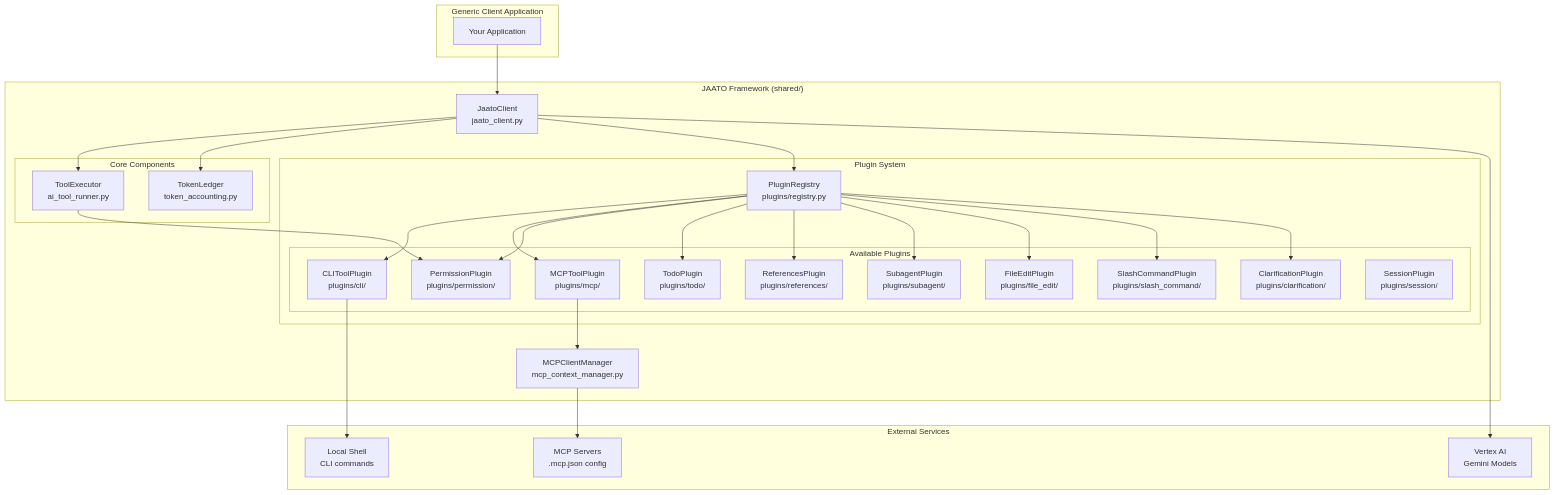
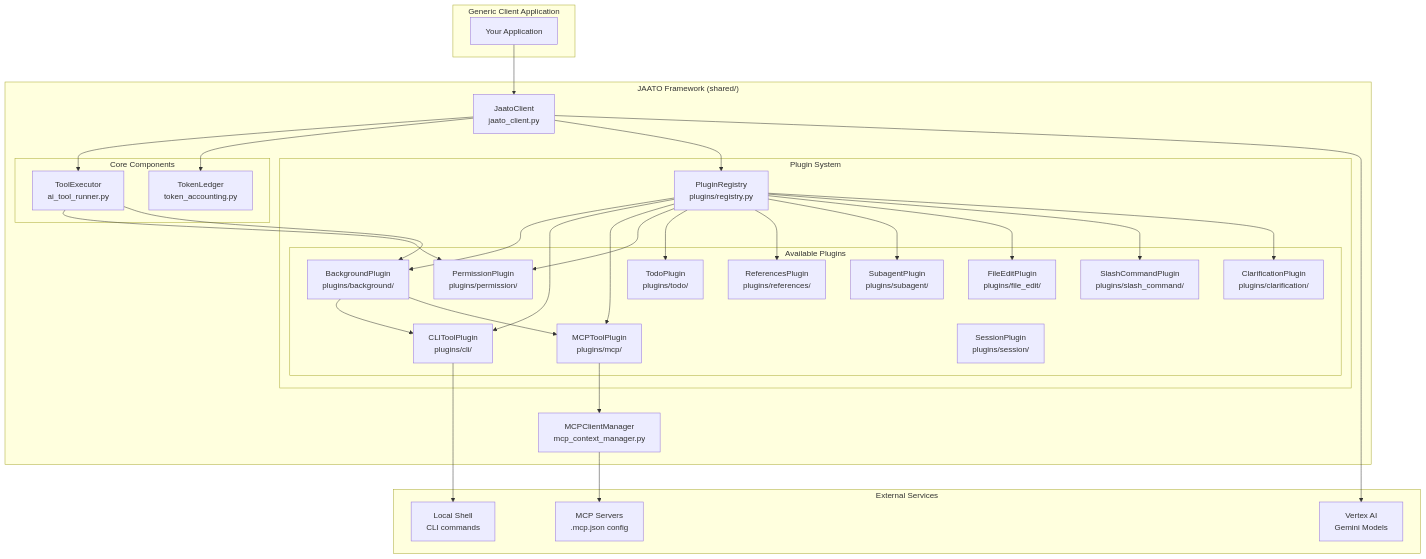
The first of 6 diagrams in docs/architecture.md (Jaato-framework-and-examples/jaato), drawn with Mermaid before and after one commit. The commit also changed other lines of this file and 14 other files, not shown here.

First line of the commit message:
feat(background): Implement background task processing plugin

````diff
--- a/docs/architecture.md
+++ b/docs/architecture.md
@@ -56,59 +56,64 @@
 ```mermaid
 flowchart TB
     subgraph Client["Generic Client Application"]
         App[Your Application]
     end
 
     subgraph Framework["JAATO Framework (shared/)"]
         JC[JaatoClient<br/>jaato_client.py]
 
         subgraph Core["Core Components"]
             TE[ToolExecutor<br/>ai_tool_runner.py]
             TL[TokenLedger<br/>token_accounting.py]
         end
 
         subgraph Plugins["Plugin System"]
             PR[PluginRegistry<br/>plugins/registry.py]
 
             subgraph Available["Available Plugins"]
+                BG[BackgroundPlugin<br/>plugins/background/]
                 CLI[CLIToolPlugin<br/>plugins/cli/]
                 MCP[MCPToolPlugin<br/>plugins/mcp/]
                 PERM[PermissionPlugin<br/>plugins/permission/]
                 TODO[TodoPlugin<br/>plugins/todo/]
                 REFS[ReferencesPlugin<br/>plugins/references/]
                 SUB[SubagentPlugin<br/>plugins/subagent/]
                 FEDIT[FileEditPlugin<br/>plugins/file_edit/]
                 SLASH[SlashCommandPlugin<br/>plugins/slash_command/]
                 CLAR[ClarificationPlugin<br/>plugins/clarification/]
                 SESS[SessionPlugin<br/>plugins/session/]
             end
         end
 
         MCM[MCPClientManager<br/>mcp_context_manager.py]
     end
 
     subgraph External["External Services"]
         VAI[Vertex AI<br/>Gemini Models]
         MCPS[MCP Servers<br/>.mcp.json config]
         Shell[Local Shell<br/>CLI commands]
     end
 
     App --> JC
     JC --> TE
     JC --> TL
     JC --> PR
+    PR --> BG
     PR --> CLI
     PR --> MCP
     PR --> PERM
     PR --> TODO
     PR --> REFS
     PR --> SUB
     PR --> FEDIT
     PR --> SLASH
     PR --> CLAR
     TE --> PERM
+    TE --> BG
+    BG --> CLI
+    BG --> MCP
     MCP --> MCM
     MCM --> MCPS
     CLI --> Shell
     JC --> VAI
 ```
````
